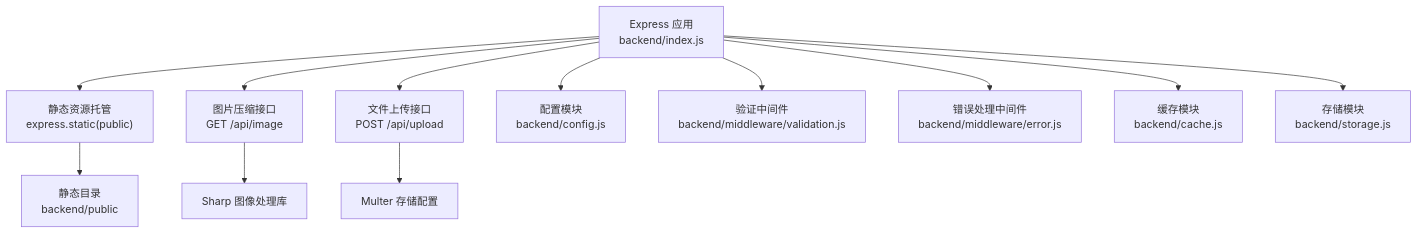
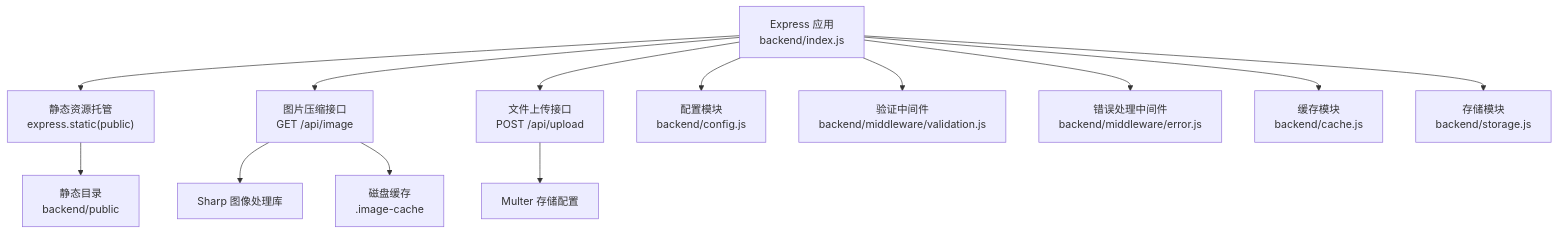
One commit to Giraffe-Han/microAPP changed the first of 5 diagrams in .qoder/repowiki/zh/content/后端服务架构/核心服务模块/静态文件服务.md. Above: the diagram before and after it, drawn with Mermaid. The commit also changed other lines of this file and 6 other files, not shown here.

````diff
--- a/.qoder/repowiki/zh/content/后端服务架构/核心服务模块/静态文件服务.md
+++ b/.qoder/repowiki/zh/content/后端服务架构/核心服务模块/静态文件服务.md
@@ -47,14 +57,15 @@
 ```mermaid
 graph TB
 A["Express 应用<br/>backend/index.js"] --> B["静态资源托管<br/>express.static(public)"]
 A --> C["图片压缩接口<br/>GET /api/image"]
 A --> D["文件上传接口<br/>POST /api/upload"]
 B --> E["静态目录<br/>backend/public"]
 C --> F["Sharp 图像处理库"]
-D --> G["Multer 存储配置"]
-A --> H["配置模块<br/>backend/config.js"]
-A --> I["验证中间件<br/>backend/middleware/validation.js"]
-A --> J["错误处理中间件<br/>backend/middleware/error.js"]
-A --> K["缓存模块<br/>backend/cache.js"]
-A --> L["存储模块<br/>backend/storage.js"]
+C --> G["磁盘缓存<br/>.image-cache"]
+D --> H["Multer 存储配置"]
+A --> I["配置模块<br/>backend/config.js"]
+A --> J["验证中间件<br/>backend/middleware/validation.js"]
+A --> K["错误处理中间件<br/>backend/middleware/error.js"]
+A --> L["缓存模块<br/>backend/cache.js"]
+A --> M["存储模块<br/>backend/storage.js"]
 ```
````
